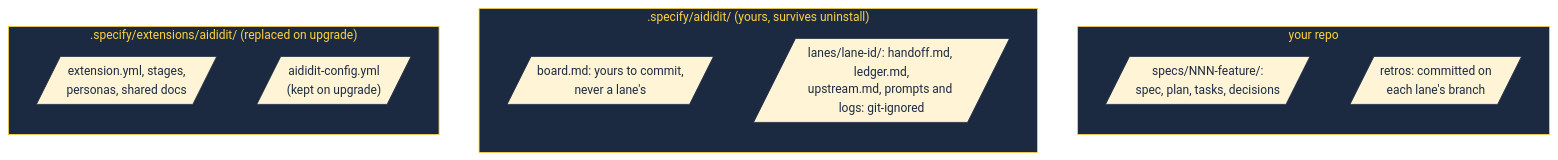
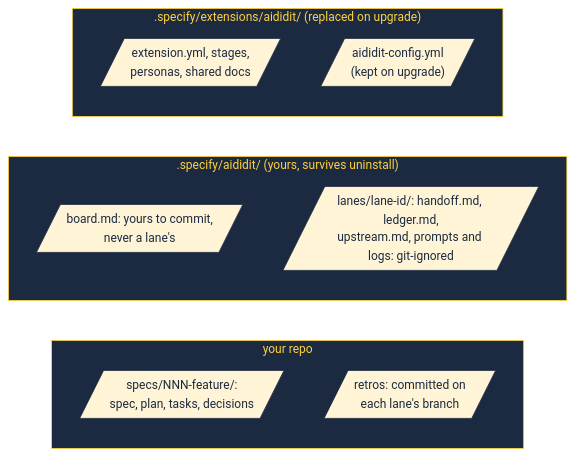
The fifth of 5 diagrams in docs/board-and-lanes.md (RubberDuckEngineering/ai-did-it), drawn with Mermaid before and after one commit. The commit also changed other lines of this file and 16 other files, not shown here.

````diff
--- a/docs/board-and-lanes.md
+++ b/docs/board-and-lanes.md
@@ -142,21 +142,21 @@
 ```mermaid
-%%{init: {"theme": "base", "themeVariables": {"fontSize": "15px", "primaryColor": "#FFF4D6", "primaryTextColor": "#1B2A41", "primaryBorderColor": "#1B2A41", "textColor": "#1B2A41", "lineColor": "#7C8BA1", "edgeLabelBackground": "#FFF4D6", "clusterBkg": "#1B2A41", "clusterBorder": "#FFD23F", "titleColor": "#FFD23F"}}}%%
-flowchart LR
+%%{init: {"theme": "base", "themeVariables": {"fontSize": "15px", "primaryColor": "#FFF4D6", "primaryTextColor": "#1B2A41", "primaryBorderColor": "#1B2A41", "textColor": "#1B2A41", "lineColor": "#7C8BA1", "edgeLabelBackground": "#FFF4D6", "clusterBkg": "#1B2A41", "clusterBorder": "#FFD23F", "titleColor": "#FFD23F"}, "flowchart": {"diagramPadding": 8}}}%%
+flowchart TB
     subgraph EXT[".specify/extensions/aididit/ (replaced on upgrade)"]
         direction TB
         X1[/"extension.yml, stages,<br/>personas, shared docs"/]:::note
         X2[/"aididit-config.yml<br/>(kept on upgrade)"/]:::note
     end
     subgraph STATE[".specify/aididit/ (yours, survives uninstall)"]
         direction TB
         S1[/"board.md: yours to commit,<br/>never a lane's"/]:::note
         S2[/"lanes/lane-id/: handoff.md, ledger.md,<br/>upstream.md, prompts and logs: git-ignored"/]:::note
     end
     subgraph TREE["your repo"]
         direction TB
         T1[/"specs/NNN-feature/:<br/>spec, plan, tasks, decisions"/]:::note
         T2[/"retros: committed on<br/>each lane's branch"/]:::note
     end
     EXT ~~~ STATE ~~~ TREE
     classDef note fill:#FFF4D6,color:#1B2A41,stroke:#1B2A41,stroke-width:1px
 ```
````
